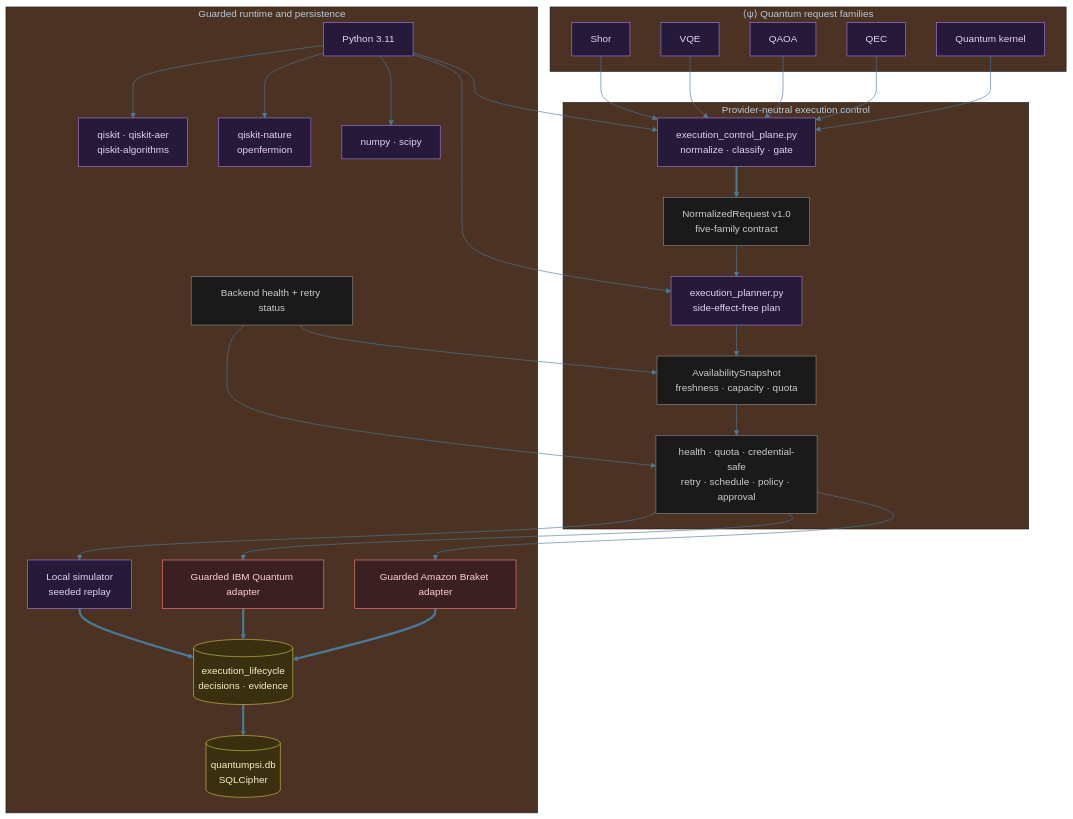
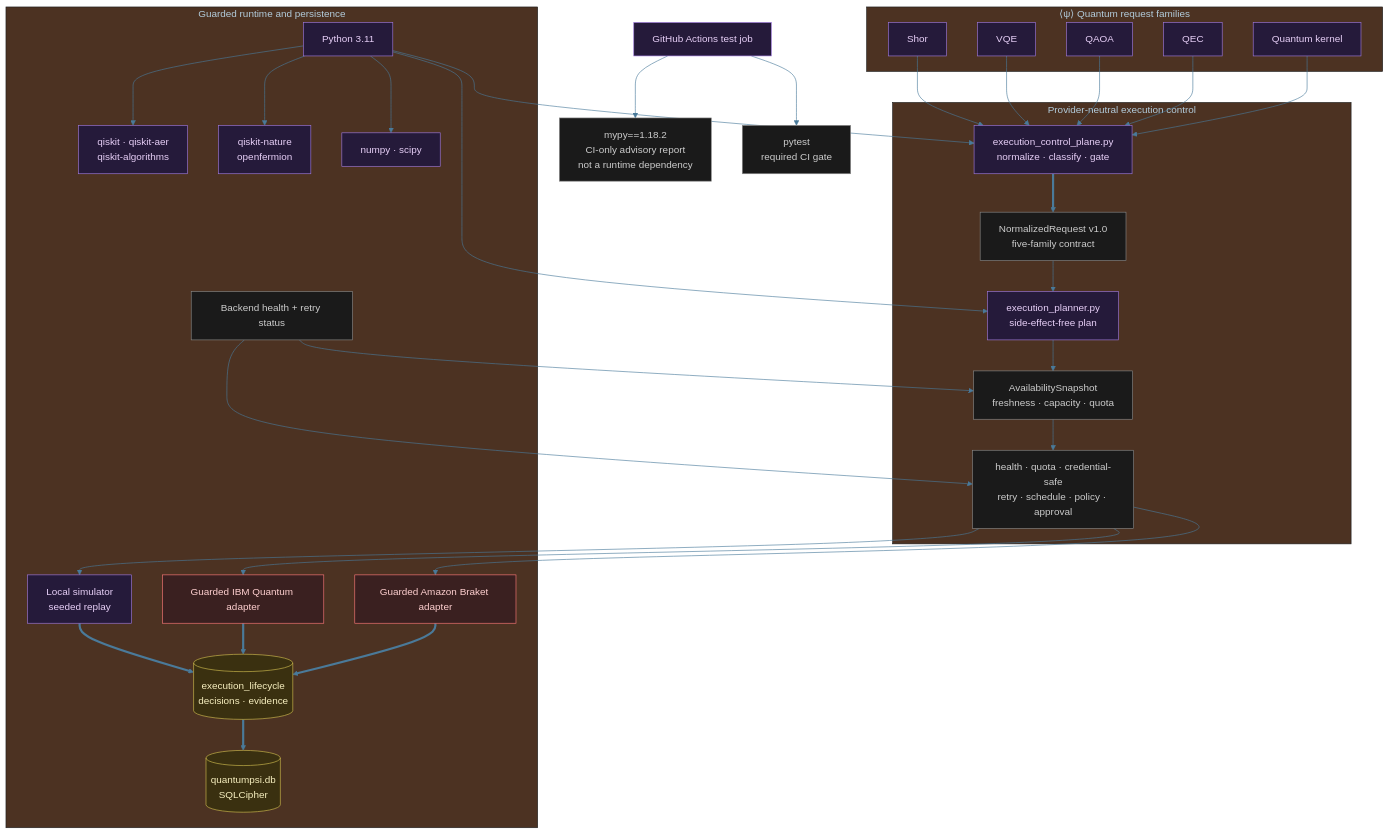
Before and after one commit to tylerdrakemusic/Quantum: the diagram in diagrams/quantum-tech-stack.mmd, drawn with Mermaid. The commit also changed 1 other file, not shown here.

Commit message:
⟨ψ⟩ quantum: document advisory mypy CI lane

```diff
--- a/diagrams/quantum-tech-stack.mmd
+++ b/diagrams/quantum-tech-stack.mmd
@@ -1,48 +1,51 @@
 %%{init: {'theme': 'base', 'themeVariables': {'primaryColor': '#1a2e3a', 'primaryTextColor': '#d0ecf8', 'edgeLabelBackground': '#0f1318', 'lineColor': '#4a7a9a'}}}%%
 graph TB
     subgraph Experiments["⟨ψ⟩ Quantum request families"]
         Shor[Shor]:::quantum
         VQE[VQE]:::quantum
         QAOA[QAOA]:::quantum
         QEC[QEC]:::quantum
         Kernel[Quantum kernel]:::quantum
     end
     subgraph Control["Provider-neutral execution control"]
         Plane[execution_control_plane.py<br/>normalize · classify · gate]:::quantum
         Request[NormalizedRequest v1.0<br/>five-family contract]:::state
         Planner[execution_planner.py<br/>side-effect-free plan]:::quantum
         Snapshot[AvailabilitySnapshot<br/>freshness · capacity · quota]:::state
         Gates[health · quota · credential-safe<br/>retry · schedule · policy · approval]:::state
     end
     subgraph Runtime["Guarded runtime and persistence"]
         Python[Python 3.11]:::quantum
         Qiskit[qiskit · qiskit-aer<br/>qiskit-algorithms]:::quantum
         Chem[qiskit-nature<br/>openfermion]:::quantum
         Numpy[numpy · scipy]:::quantum
         Simulator[Local simulator<br/>seeded replay]:::quantum
         IBM[Guarded IBM Quantum adapter]:::ext
         Braket[Guarded Amazon Braket adapter]:::ext
         Health[Backend health + retry status]:::state
         Database[(quantumpsi.db<br/>SQLCipher)]:::db
         Lifecycle[(execution_lifecycle<br/>decisions · evidence)]:::db
     end
     Shor --> Plane; VQE --> Plane; QAOA --> Plane; QEC --> Plane; Kernel --> Plane
     Python --> Plane; Python --> Planner; Python --> Qiskit; Python --> Chem; Python --> Numpy
     Plane ==> Request --> Planner
     Planner --> Snapshot --> Gates
     Gates --> Simulator
     Gates --> IBM
     Gates --> Braket
     Health --> Snapshot; Health --> Gates
     Simulator ==> Lifecycle; IBM ==> Lifecycle; Braket ==> Lifecycle
     Lifecycle ==> Database
+    CI[GitHub Actions test job]:::quantum
+    CI --> MypyAdvisory["mypy==1.18.2<br/>CI-only advisory report<br/>not a runtime dependency"]:::state
+    CI --> Pytest["pytest<br/>required CI gate"]:::state
 
 classDef life     fill:#1a2e3a,stroke:#6ab4d4,color:#d0ecf8
 classDef music    fill:#3a1a24,stroke:#d47a8f,color:#f8d0dc
 classDef quantum  fill:#251a3a,stroke:#a07adf,color:#e8d0f8
 classDef manifest fill:#3a2e1a,stroke:#d4a96a,color:#f8ead0
 classDef ws       fill:#1a3a30,stroke:#6ad4b4,color:#d0f8ee
 classDef tyler    fill:#2a1a3a,stroke:#9e4aff,color:#fff
 classDef ext      fill:#3a2020,stroke:#ff7a7a,color:#ffd0d0
 classDef db       fill:#3a3010,stroke:#d4c050,color:#f8f0c0
 classDef state    fill:#1a1a1a,stroke:#888888,color:#cccccc
```
